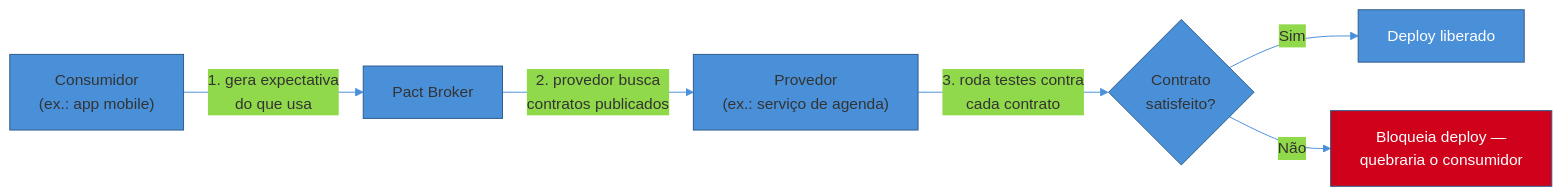
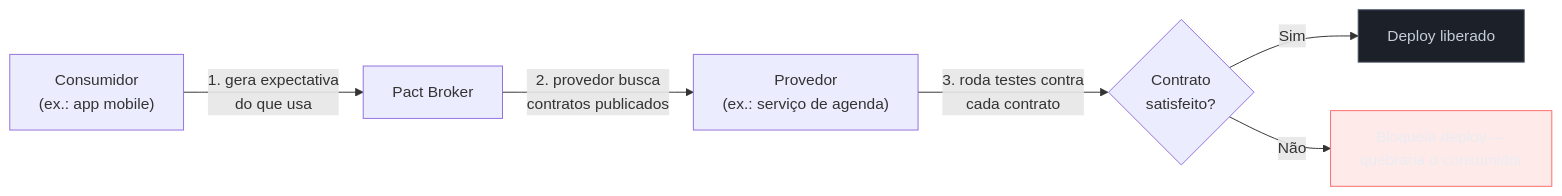
The third of 3 diagrams in 03-Dominios/Engenharia/Comunicação entre Sistemas/2 - Comunicação síncrona/06 - REST vs GraphQL vs gRPC — decisão.md (josenaldo/codex-technomanticus), drawn with Mermaid before and after one commit. The commit also changed other lines of this file and 1181 other files, not shown here.

First line of the commit message:
fix(diagramas): paleta do sistema no lugar de cor cravada no markdown

````diff
--- a/03-Dominios/Engenharia/Comunicação entre Sistemas/2 - Comunicação síncrona/06 - REST vs GraphQL vs gRPC — decisão.md
+++ b/03-Dominios/Engenharia/Comunicação entre Sistemas/2 - Comunicação síncrona/06 - REST vs GraphQL vs gRPC — decisão.md
@@ -234,12 +236,13 @@
 ```mermaid
-%%{init: {"theme": "base", "themeVariables": {"primaryColor": "#4A90D9", "primaryBorderColor": "#2E5C8A", "lineColor": "#4A90D9"}}}%%
 graph LR
+    classDef neutro fill:#1B2029,stroke:#4E5666,color:#C6CCD8
+    classDef falha fill:#FF6B6B24,stroke:#FF6B6B,color:#E9ECF2
     C["Consumidor<br/>(ex.: app mobile)"] -->|"1. gera expectativa<br/>do que usa"| PB["Pact Broker"]
     PB -->|"2. provedor busca<br/>contratos publicados"| P["Provedor<br/>(ex.: serviço de agenda)"]
     P -->|"3. roda testes contra<br/>cada contrato"| V{"Contrato<br/>satisfeito?"}
     V -->|"Sim"| OK["Deploy liberado"]
     V -->|"Não"| FAIL["Bloqueia deploy —<br/>quebraria o consumidor"]
 
-    style OK fill:#4A90D9,color:#fff
-    style FAIL fill:#D0021B,color:#fff
+    class OK neutro
+    class FAIL falha
 ```
````
